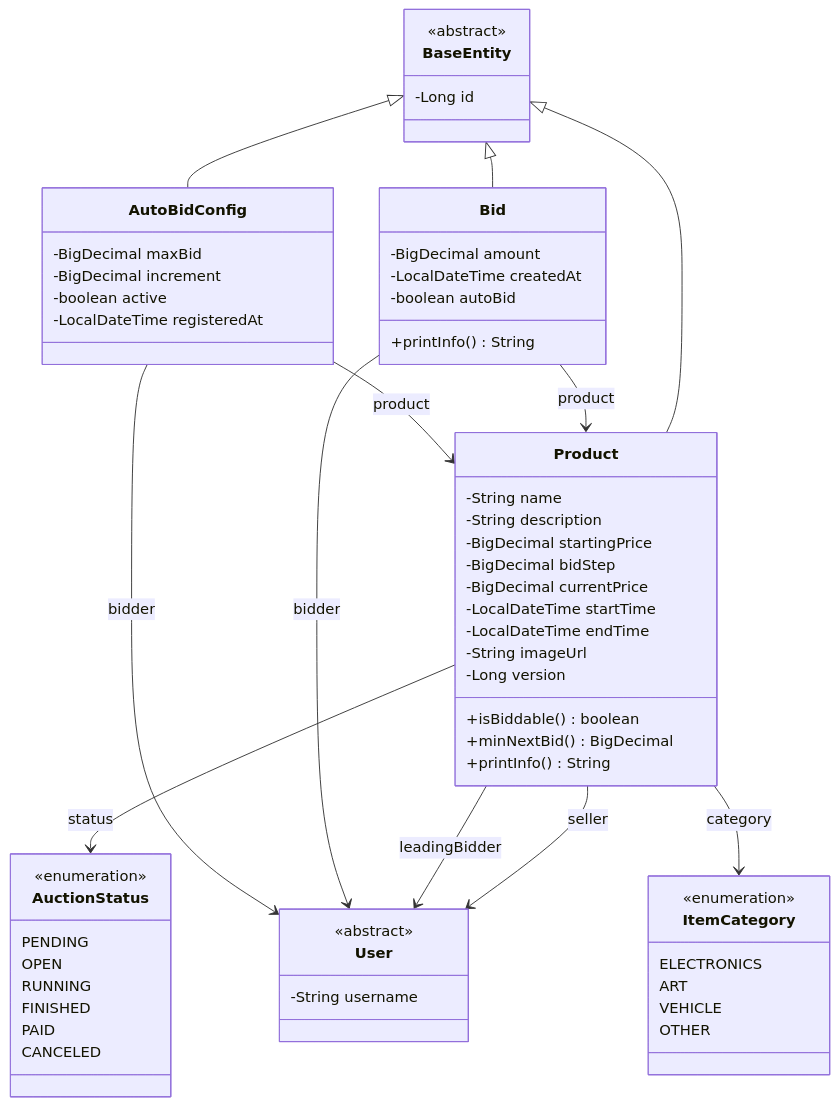
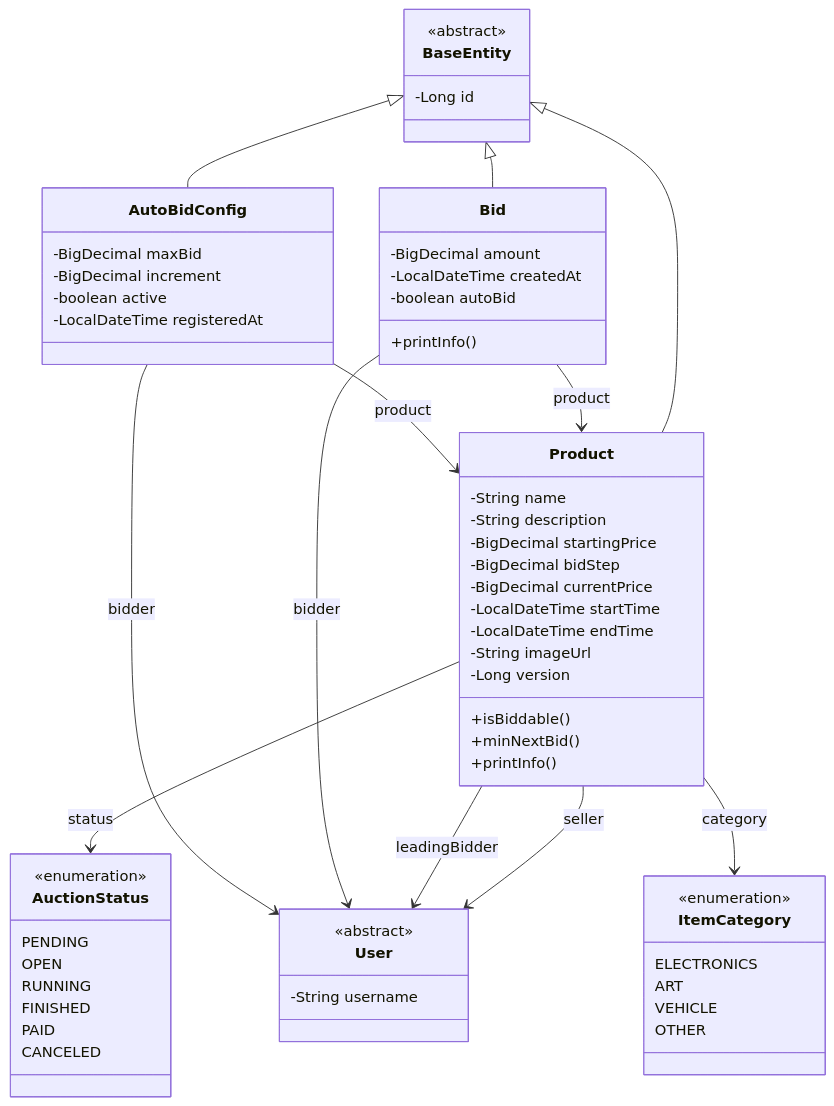
One commit to quagn-collab/GROUP-6-BTL changed the third of 6 diagrams in docs/README/README.md. Above: the diagram before and after it, drawn with Mermaid. The commit also changed other lines of this file, not shown here.

````diff
--- a/docs/README/README.md
+++ b/docs/README/README.md
@@ -115,65 +113,64 @@
 ```mermaid
 classDiagram
-    direction TB
-    class BaseEntity {
-        -Long id
-    }
-    class Product {
-        -String name
-        -String description
-        -BigDecimal startingPrice
-        -BigDecimal bidStep
-        -BigDecimal currentPrice
-        -LocalDateTime startTime
-        -LocalDateTime endTime
-        -String imageUrl
-        -Long version
-        +isBiddable() boolean
-        +minNextBid() BigDecimal
-        +printInfo() String
-    }
-    class Bid {
-        -BigDecimal amount
-        -LocalDateTime createdAt
-        -boolean autoBid
-        +printInfo() String
-    }
-    class AutoBidConfig {
-        -BigDecimal maxBid
-        -BigDecimal increment
-        -boolean active
-        -LocalDateTime registeredAt
-    }
-    class AuctionStatus {
-        <<enumeration>>
-        PENDING
-        OPEN
-        RUNNING
-        FINISHED
-        PAID
-        CANCELED
-    }
-    class ItemCategory {
-        <<enumeration>>
-        ELECTRONICS
-        ART
-        VEHICLE
-        OTHER
-    }
-    class User {
-        -String username
-    }
-    BaseEntity <|-- Product
-    BaseEntity <|-- Bid
-    BaseEntity <|-- AutoBidConfig
-    Product --> User : seller
-    Product --> User : leadingBidder
-    Product --> AuctionStatus : status
-    Product --> ItemCategory : category
-    Bid --> Product : product
-    Bid --> User : bidder
-    AutoBidConfig --> Product : product
-    AutoBidConfig --> User : bidder
-    <<abstract>> BaseEntity
-    <<abstract>> User
+  class BaseEntity {
+    <<abstract>>
+    -Long id
+  }
+  class Product {
+    -String name
+    -String description
+    -BigDecimal startingPrice
+    -BigDecimal bidStep
+    -BigDecimal currentPrice
+    -LocalDateTime startTime
+    -LocalDateTime endTime
+    -String imageUrl
+    -Long version
+    +isBiddable()
+    +minNextBid()
+    +printInfo()
+  }
+  class Bid {
+    -BigDecimal amount
+    -LocalDateTime createdAt
+    -boolean autoBid
+    +printInfo()
+  }
+  class AutoBidConfig {
+    -BigDecimal maxBid
+    -BigDecimal increment
+    -boolean active
+    -LocalDateTime registeredAt
+  }
+  class AuctionStatus {
+    <<enumeration>>
+    PENDING
+    OPEN
+    RUNNING
+    FINISHED
+    PAID
+    CANCELED
+  }
+  class ItemCategory {
+    <<enumeration>>
+    ELECTRONICS
+    ART
+    VEHICLE
+    OTHER
+  }
+  class User {
+    <<abstract>>
+    -String username
+  }
+  BaseEntity <|-- Product
+  BaseEntity <|-- Bid
+  BaseEntity <|-- AutoBidConfig
+  Product --> User : seller
+  Product --> User : leadingBidder
+  Product --> AuctionStatus : status
+  Product --> ItemCategory : category
+  Bid --> Product : product
+  Bid --> User : bidder
+  AutoBidConfig --> Product : product
+  AutoBidConfig --> User : bidder
 ```
````
